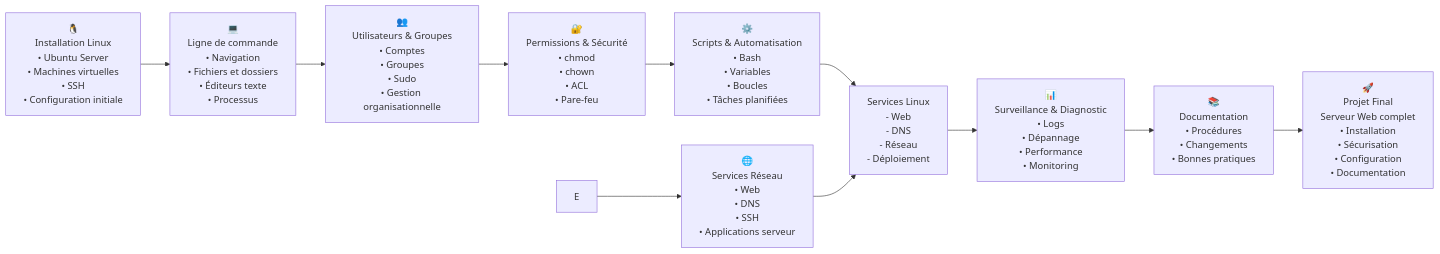
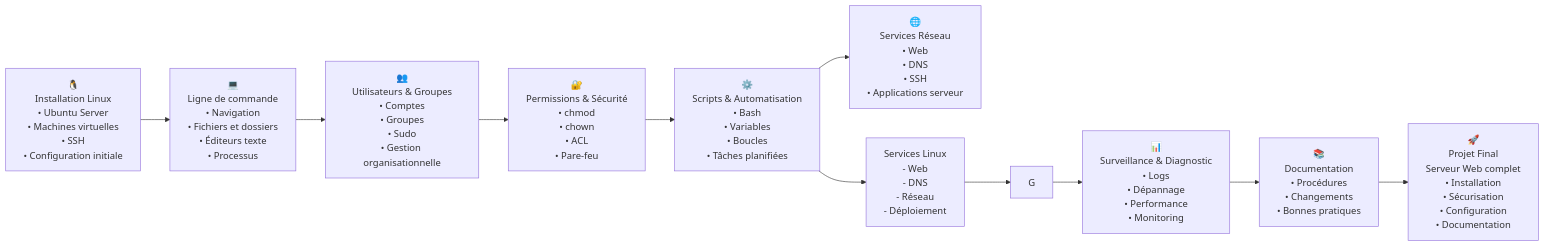
One commit to CollegeBoreal/INF1085-201-26A-04 changed the third of 4 diagrams in 0.PlanDeCours/README.md. Above: the diagram before and after it, drawn with Mermaid.

Commit message:
Update flowchart connections in README.md

```diff
--- a/0.PlanDeCours/README.md
+++ b/0.PlanDeCours/README.md
@@ -140,7 +140,7 @@
 • Pare-feu
 "]
 
-D --> F1["⚙️
+D --> E["⚙️
 Scripts & Automatisation
 • Bash
 • Variables
@@ -148,7 +148,7 @@
 • Tâches planifiées
 "]
 
-E --> F2["🌐
+E --> F1["🌐
 Services Réseau
 • Web
 • DNS
@@ -156,7 +156,7 @@
 • Applications serveur
 "]
 
-F1 --> G["
+E --> F2["
 Services Linux
  - Web
  - DNS
```
